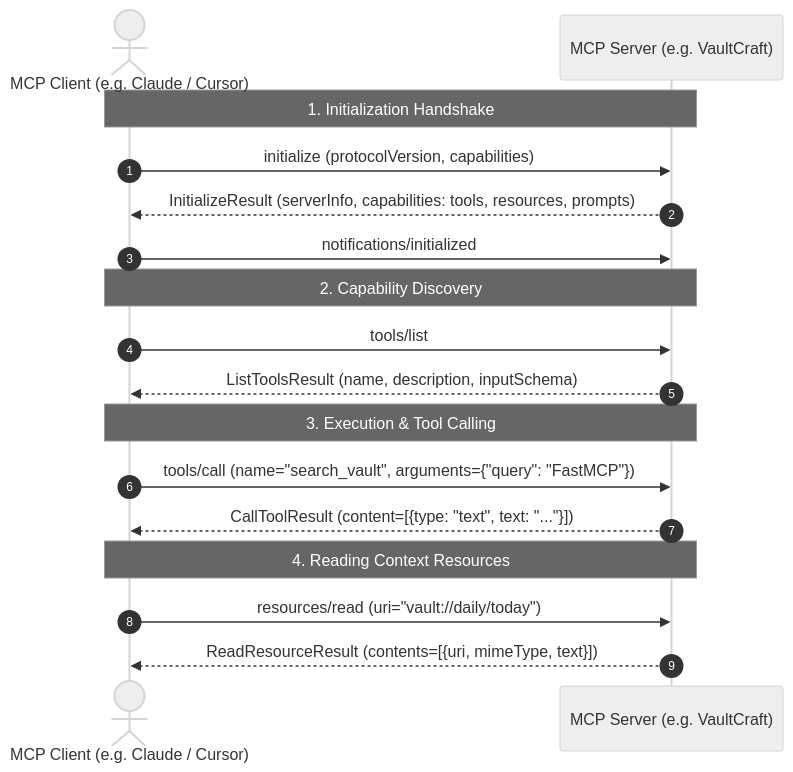
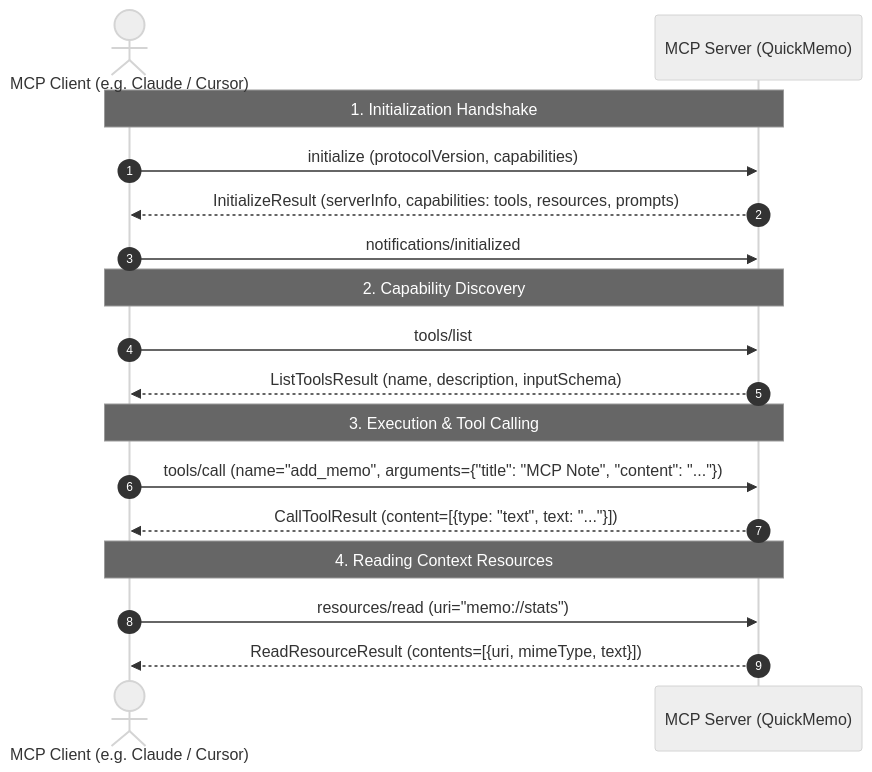
The diagram in MCP_FUNDAMENTALS.md (Abdullah-Zafarr/quickmemo-mcp), drawn with Mermaid (neutral theme) before and after one commit. The commit also changed other lines of this file and 2 other files, not shown here.

Commit message:
docs: add existing MCP evaluation report and update MCP fundamentals guide

````diff
--- a/MCP_FUNDAMENTALS.md
+++ b/MCP_FUNDAMENTALS.md
@@ -79,23 +79,23 @@
 ```mermaid
 sequenceDiagram
     autonumber
     actor Client as MCP Client (e.g. Claude / Cursor)
-    participant Server as MCP Server (e.g. VaultCraft)
+    participant Server as MCP Server (QuickMemo)
 
     Note over Client,Server: 1. Initialization Handshake
     Client->>Server: initialize (protocolVersion, capabilities)
     Server-->>Client: InitializeResult (serverInfo, capabilities: tools, resources, prompts)
     Client->>Server: notifications/initialized
 
     Note over Client,Server: 2. Capability Discovery
     Client->>Server: tools/list
     Server-->>Client: ListToolsResult (name, description, inputSchema)
 
     Note over Client,Server: 3. Execution & Tool Calling
-    Client->>Server: tools/call (name="search_vault", arguments={"query": "FastMCP"})
+    Client->>Server: tools/call (name="add_memo", arguments={"title": "MCP Note", "content": "..."})
     Server-->>Client: CallToolResult (content=[{type: "text", text: "..."}])
 
     Note over Client,Server: 4. Reading Context Resources
-    Client->>Server: resources/read (uri="vault://daily/today")
+    Client->>Server: resources/read (uri="memo://stats")
     Server-->>Client: ReadResourceResult (contents=[{uri, mimeType, text}])
 ```
````
